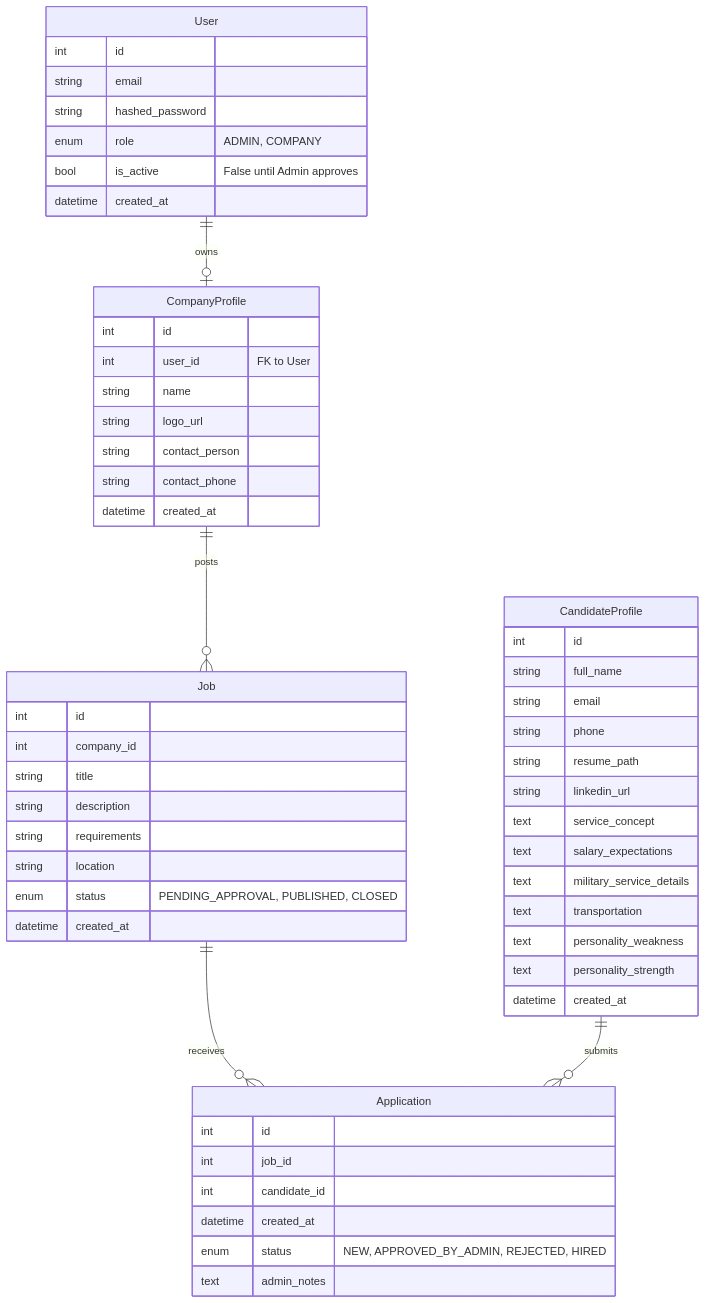
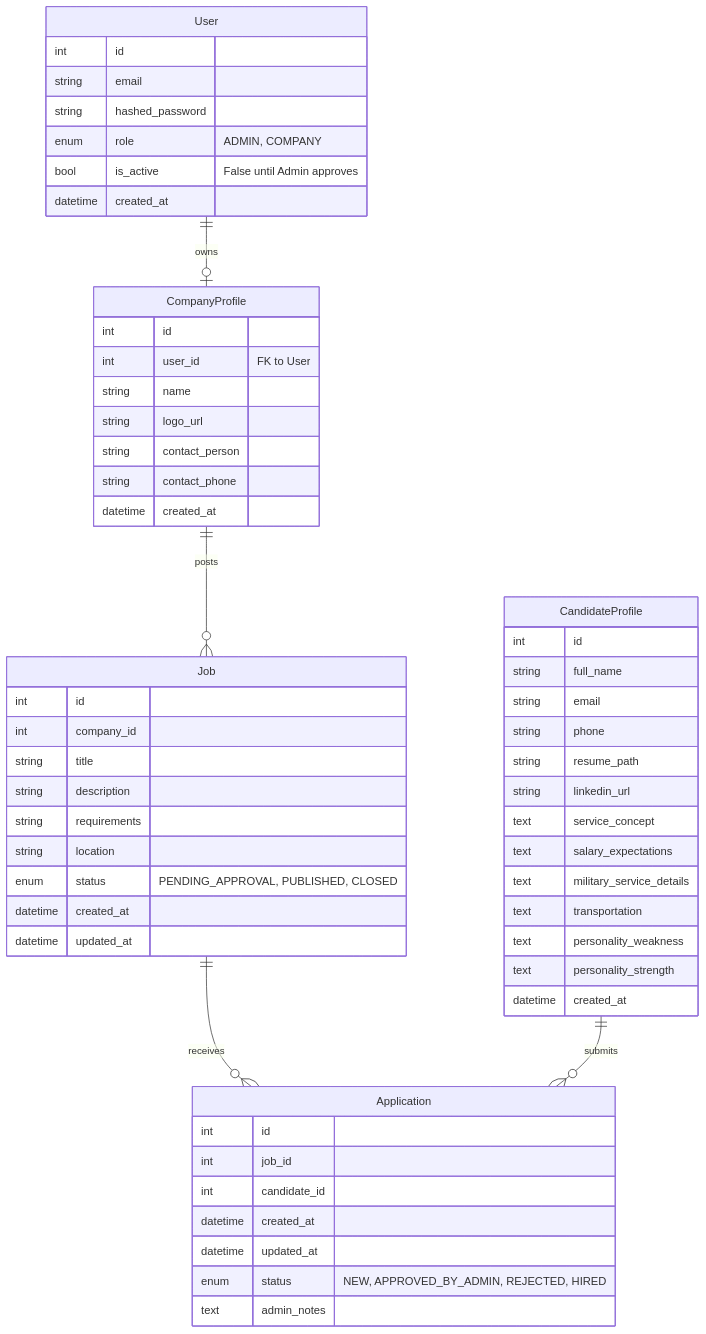
The diagram in docs/ARCHITECTURE.md (lahavrud/rs-recruitment), drawn with Mermaid before and after one commit. The commit also changed other lines of this file and 9 other files, not shown here.

````diff
--- a/docs/ARCHITECTURE.md
+++ b/docs/ARCHITECTURE.md
@@ -320,70 +341,73 @@
 ```mermaid
 erDiagram
     User ||--o| CompanyProfile : owns
     CompanyProfile ||--o{ Job : posts
     Job ||--o{ Application : receives
     CandidateProfile ||--o{ Application : submits
 
     %% Auth System (Admins & Companies)
     User {
         int id
         string email
         string hashed_password
         enum role "ADMIN, COMPANY"
         bool is_active "False until Admin approves"
         datetime created_at
     }
 
     %% Company Data
     CompanyProfile {
         int id
         int user_id "FK to User"
         string name
         string logo_url
         string contact_person
         string contact_phone
         datetime created_at
     }
 
     %% Job Inventory
     Job {
         int id
         int company_id
         string title
         string description
         string requirements
         string location
         enum status "PENDING_APPROVAL, PUBLISHED, CLOSED"
         datetime created_at
+        datetime updated_at
     }
 
     %% Candidate Lead (No Authentication)
     CandidateProfile {
         int id
         string full_name
         string email
         string phone
         string resume_path
         string linkedin_url
 
         %% Interview Form (Subject to Change)
         text service_concept
         text salary_expectations
         text military_service_details
         text transportation
         text personality_weakness
         text personality_strength
 
         datetime created_at
     }
 
     %% Match (Core Business Entity)
     Application {
         int id
         int job_id
         int candidate_id
         datetime created_at
+        datetime updated_at
         enum status "NEW, APPROVED_BY_ADMIN, REJECTED, HIRED"
         text admin_notes
     }
+
 ```
````
